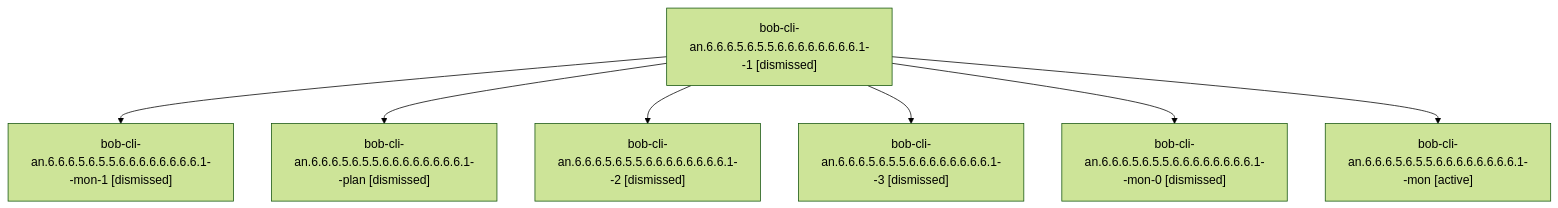
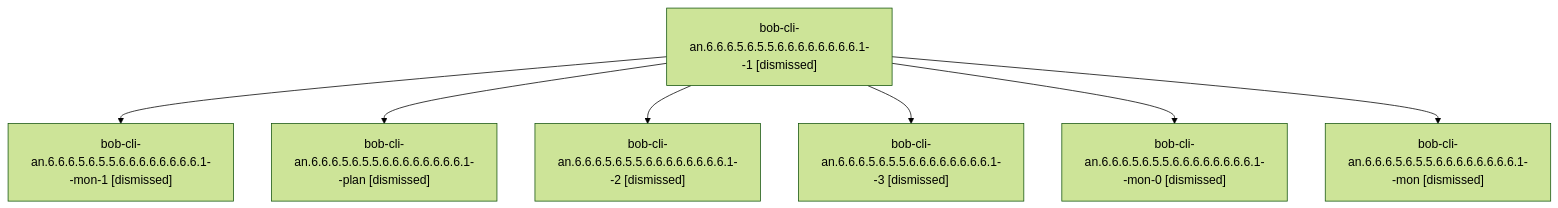
Before and after one commit to bobs-org/bob-cli--agents: the diagram in sessions/bbugyi200.athena.bob-cli-an.6.6.6.5.6.5.5.6.6.6.6.6.6.6.6.1.md, drawn with Mermaid (forest theme). The commit also changed other lines of this file and 485 other files, not shown here.

````diff
--- a/sessions/bbugyi200.athena.bob-cli-an.6.6.6.5.6.5.5.6.6.6.6.6.6.6.6.1.md
+++ b/sessions/bbugyi200.athena.bob-cli-an.6.6.6.5.6.5.5.6.6.6.6.6.6.6.6.1.md
@@ -9,16 +9,16 @@
 ```mermaid
 flowchart TD
   n0["bob-cli-an.6.6.6.5.6.5.5.6.6.6.6.6.6.6.6.1--1 [dismissed]"]
   n1["bob-cli-an.6.6.6.5.6.5.5.6.6.6.6.6.6.6.6.1--mon-1 [dismissed]"]
   n0 --> n1
   n2["bob-cli-an.6.6.6.5.6.5.5.6.6.6.6.6.6.6.6.1--plan [dismissed]"]
   n0 --> n2
   n3["bob-cli-an.6.6.6.5.6.5.5.6.6.6.6.6.6.6.6.1--2 [dismissed]"]
   n0 --> n3
   n4["bob-cli-an.6.6.6.5.6.5.5.6.6.6.6.6.6.6.6.1--3 [dismissed]"]
   n0 --> n4
   n5["bob-cli-an.6.6.6.5.6.5.5.6.6.6.6.6.6.6.6.1--mon-0 [dismissed]"]
   n0 --> n5
-  n6["bob-cli-an.6.6.6.5.6.5.5.6.6.6.6.6.6.6.6.1--mon [active]"]
+  n6["bob-cli-an.6.6.6.5.6.5.5.6.6.6.6.6.6.6.6.1--mon [dismissed]"]
   n0 --> n6
 ```
````
